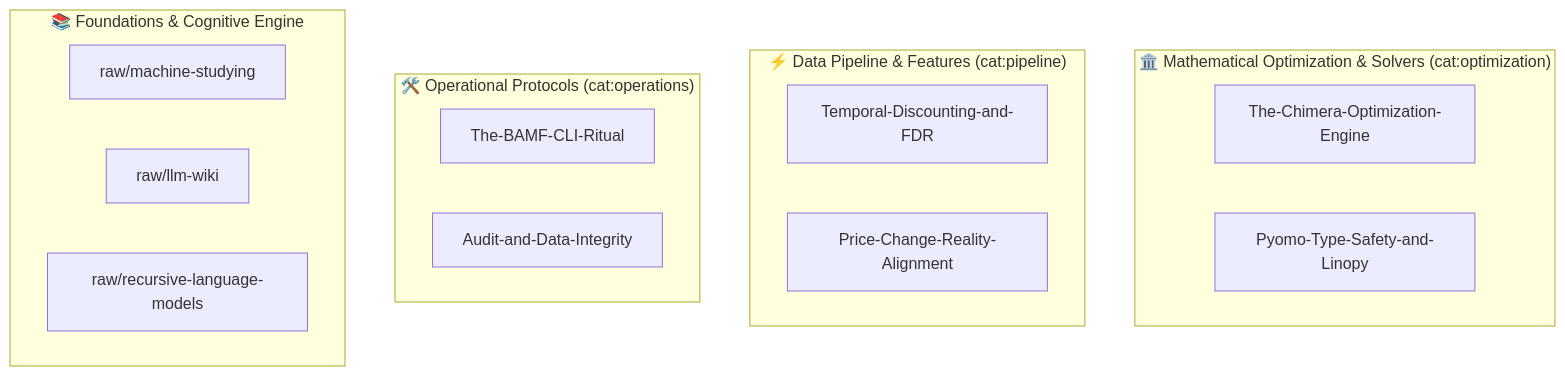
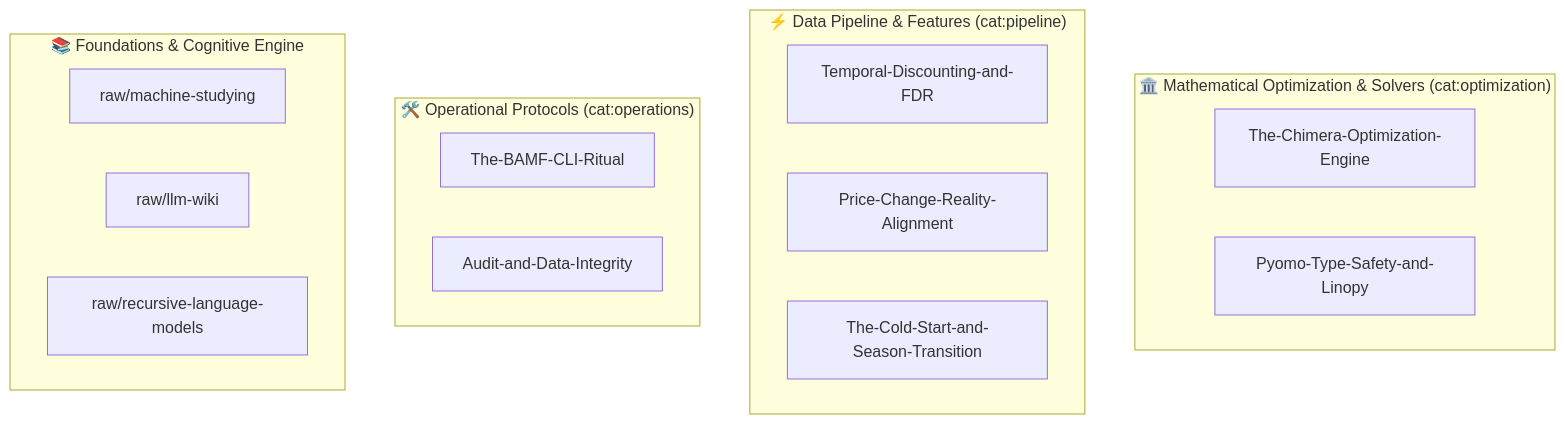
One commit to ianchanning/fpl-dominator changed the diagram in .agents/skills/fpl-machine-studying-wiki/wiki/index.md. Above: the diagram before and after it, drawn with Mermaid. The commit also changed other lines of this file and 2 other files, not shown here.

Commit message:
docs(wiki): codify Cold Start & Season Transition Protocol (P4)

````diff
--- a/.agents/skills/fpl-machine-studying-wiki/wiki/index.md
+++ b/.agents/skills/fpl-machine-studying-wiki/wiki/index.md
@@ -3,23 +3,24 @@
 ```mermaid
 graph TD
     subgraph "🏛️ Mathematical Optimization & Solvers (cat:optimization)"
         O1[The-Chimera-Optimization-Engine]
         O2[Pyomo-Type-Safety-and-Linopy]
     end
 
     subgraph "⚡ Data Pipeline & Features (cat:pipeline)"
         P1[Temporal-Discounting-and-FDR]
         P2[Price-Change-Reality-Alignment]
+        P3[The-Cold-Start-and-Season-Transition]
     end
 
     subgraph "🛠️ Operational Protocols (cat:operations)"
         R1[The-BAMF-CLI-Ritual]
         R2[Audit-and-Data-Integrity]
     end
 
     subgraph "📚 Foundations & Cognitive Engine"
         F1[raw/machine-studying]
         F2[raw/llm-wiki]
         F3[raw/recursive-language-models]
     end
 ```
````
